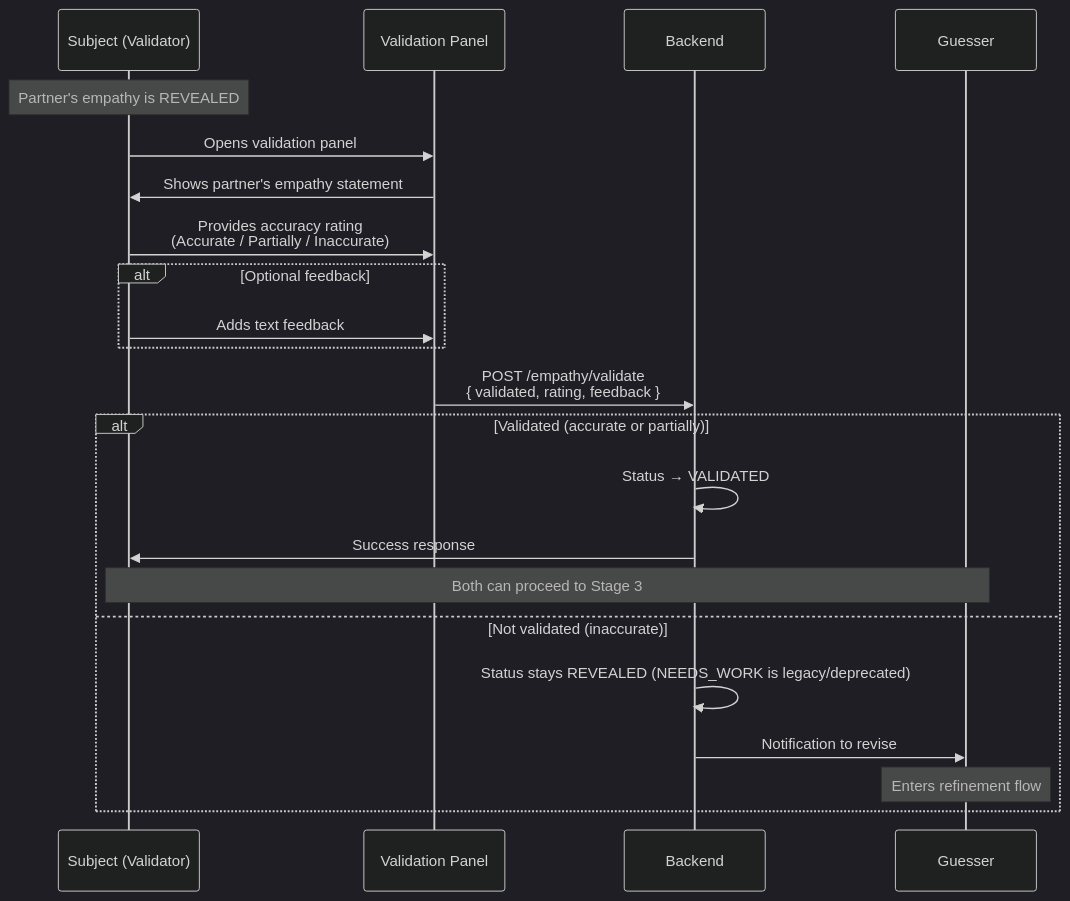
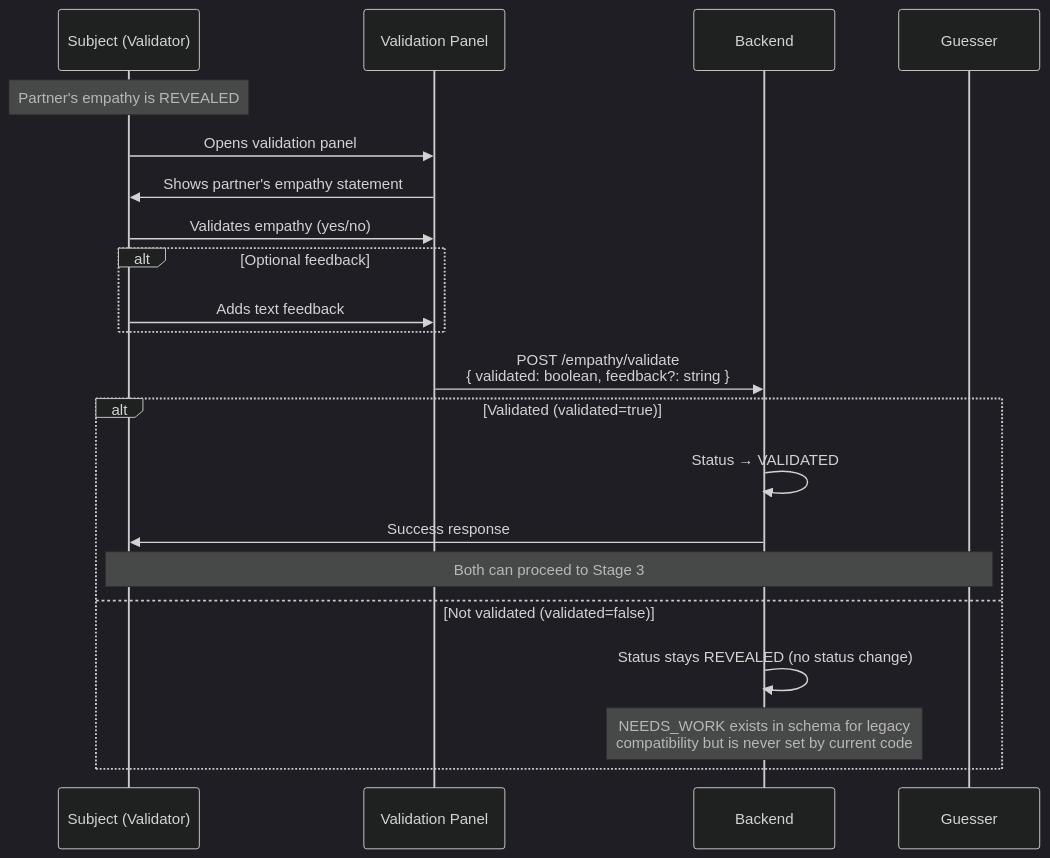
One commit to shantamg/meet-without-fear changed the sixth of 8 diagrams in docs/backend/reconciler-flow.md. Above: the diagram before and after it, drawn with Mermaid (dark theme). The commit also changed other lines of this file and 15 other files, not shown here.

````diff
--- a/docs/backend/reconciler-flow.md
+++ b/docs/backend/reconciler-flow.md
@@ -221,30 +226,29 @@
 ```mermaid
 sequenceDiagram
     participant Sub as Subject (Validator)
     participant UI as Validation Panel
     participant API as Backend
     participant Guesser as Guesser
 
     Note over Sub: Partner's empathy is REVEALED
 
     Sub->>UI: Opens validation panel
     UI->>Sub: Shows partner's empathy statement
 
-    Sub->>UI: Provides accuracy rating<br/>(Accurate / Partially / Inaccurate)
+    Sub->>UI: Validates empathy (yes/no)
 
     alt Optional feedback
         Sub->>UI: Adds text feedback
     end
 
-    UI->>API: POST /empathy/validate<br/>{ validated, rating, feedback }
+    UI->>API: POST /empathy/validate<br/>{ validated: boolean, feedback?: string }
 
-    alt Validated (accurate or partially)
+    alt Validated (validated=true)
         API->>API: Status → VALIDATED
         API->>Sub: Success response
         Note over Sub,Guesser: Both can proceed to Stage 3
-    else Not validated (inaccurate)
-        API->>API: Status stays REVEALED (NEEDS_WORK is legacy/deprecated)
-        API->>Guesser: Notification to revise
-        Note over Guesser: Enters refinement flow
+    else Not validated (validated=false)
+        API->>API: Status stays REVEALED (no status change)
+        Note over API: NEEDS_WORK exists in schema for legacy<br/>compatibility but is never set by current code
     end
 ```
````
